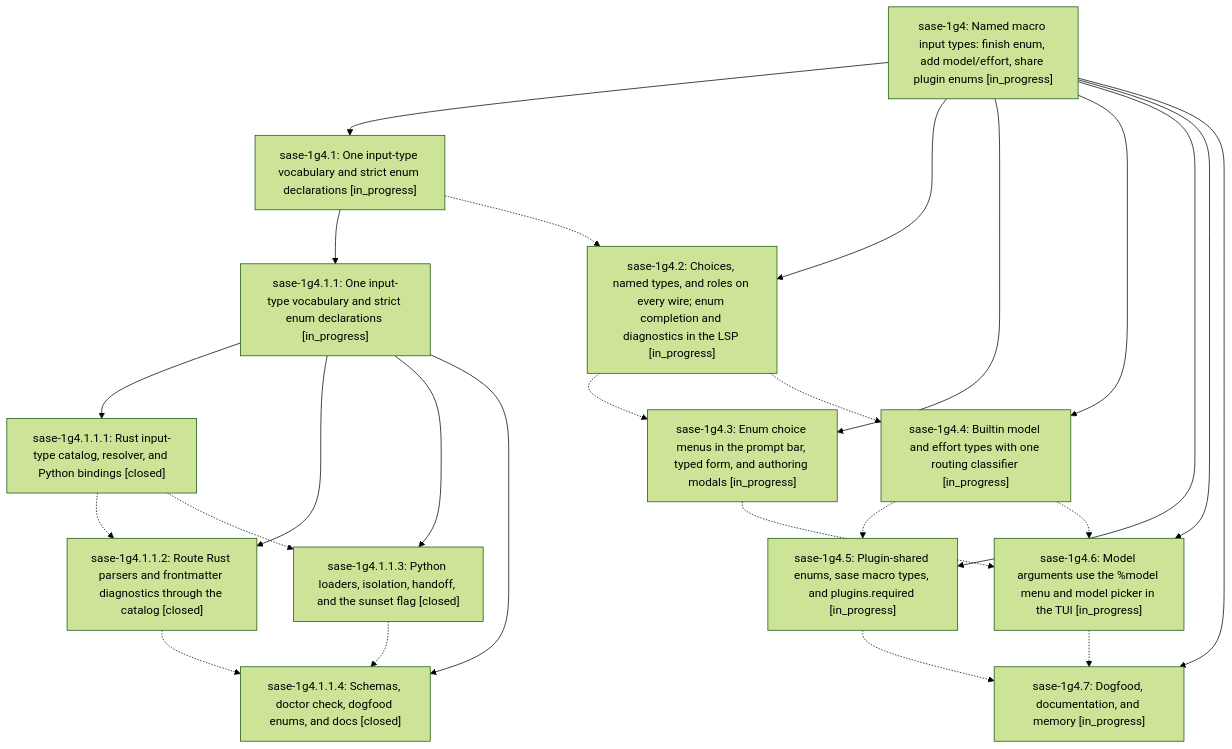
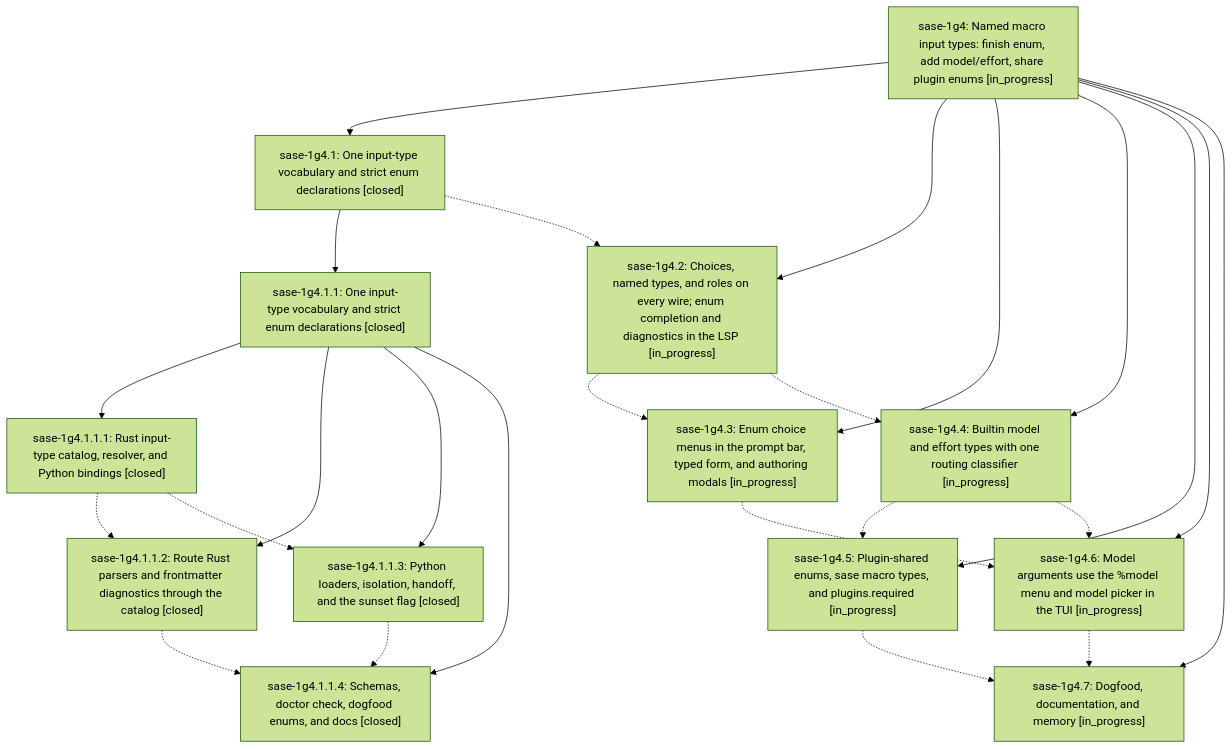
Before and after one commit to sase-org/sase--beads: the diagram in pages/sase-1g4/README.md, drawn with Mermaid (forest theme). The commit also changed other lines of this file and 4 other files, not shown here.

````diff
--- a/pages/sase-1g4/README.md
+++ b/pages/sase-1g4/README.md
@@ -40,40 +40,40 @@
 ```mermaid
 flowchart TD
     n0["sase-1g4: Named macro input types: finish enum, add model/effort, share plugin enums [in_progress]"]
-    n1["sase-1g4.1: One input-type vocabulary and strict enum declarations [in_progress]"]
-    n2["sase-1g4.1.1: One input-type vocabulary and strict enum declarations [in_progress]"]
+    n1["sase-1g4.1: One input-type vocabulary and strict enum declarations [closed]"]
+    n2["sase-1g4.1.1: One input-type vocabulary and strict enum declarations [closed]"]
     n3["sase-1g4.1.1.1: Rust input-type catalog, resolver, and Python bindings [closed]"]
     n4["sase-1g4.1.1.2: Route Rust parsers and frontmatter diagnostics through the catalog [closed]"]
     n5["sase-1g4.1.1.3: Python loaders, isolation, handoff, and the sunset flag [closed]"]
     n6["sase-1g4.1.1.4: Schemas, doctor check, dogfood enums, and docs [closed]"]
     n7["sase-1g4.2: Choices, named types, and roles on every wire; enum completion and diagnostics in the LSP [in_progress]"]
     n8["sase-1g4.3: Enum choice menus in the prompt bar, typed form, and authoring modals [in_progress]"]
     n9["sase-1g4.4: Builtin model and effort types with one routing classifier [in_progress]"]
     n10["sase-1g4.5: Plugin-shared enums, sase macro types, and plugins.required [in_progress]"]
     n11["sase-1g4.6: Model arguments use the %model menu and model picker in the TUI [in_progress]"]
     n12["sase-1g4.7: Dogfood, documentation, and memory [in_progress]"]
     n0 --> n1
     n1 --> n2
     n2 --> n3
     n2 --> n4
     n2 --> n5
     n2 --> n6
     n0 --> n7
     n0 --> n8
     n0 --> n9
     n0 --> n10
     n0 --> n11
     n0 --> n12
     n1 -.-> n7
     n3 -.-> n4
     n3 -.-> n5
     n4 -.-> n6
     n5 -.-> n6
     n7 -.-> n8
     n7 -.-> n9
     n8 -.-> n11
     n9 -.-> n10
     n9 -.-> n11
     n10 -.-> n12
     n11 -.-> n12
 ```
````
